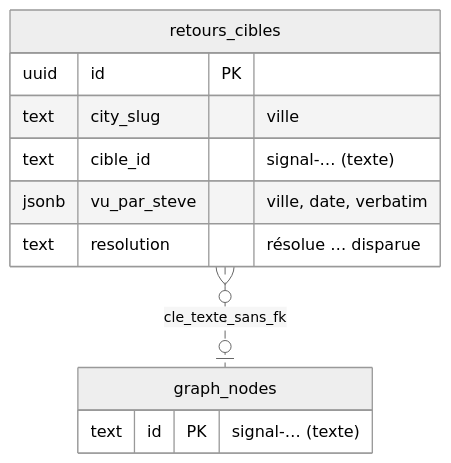
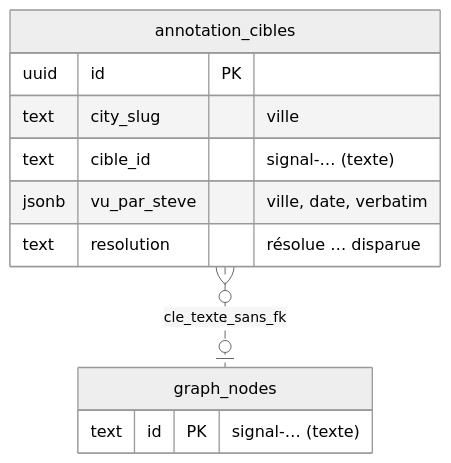
One commit to rhanka/radar-immobilier changed the tenth of 20 diagrams in docs/spec/reports/dossier-retours-steve/DOSSIER_DECISION_RETOURS_STEVE_2026-10-03.md. Above: the diagram before and after it, drawn with Mermaid (neutral theme). The commit also changed other lines of this file and 41 other files, not shown here.

First line of the commit message:
docs(dossier-steve): architecture des données, annotations vivantes, D1 actée par l'owner

````diff
--- a/docs/spec/reports/dossier-retours-steve/DOSSIER_DECISION_RETOURS_STEVE_2026-10-03.md
+++ b/docs/spec/reports/dossier-retours-steve/DOSSIER_DECISION_RETOURS_STEVE_2026-10-03.md
@@ -1057,14 +1154,14 @@
 ```mermaid
 erDiagram
-    retours_cibles }o..o| graph_nodes : cle_texte_sans_fk
-    retours_cibles {
+    annotation_cibles }o..o| graph_nodes : cle_texte_sans_fk
+    annotation_cibles {
       uuid id PK
       text city_slug "ville"
       text cible_id "signal-… (texte)"
       jsonb vu_par_steve "ville, date, verbatim"
       text resolution "résolue … disparue"
     }
     graph_nodes {
       text id PK "signal-… (texte)"
     }
 ```
````
